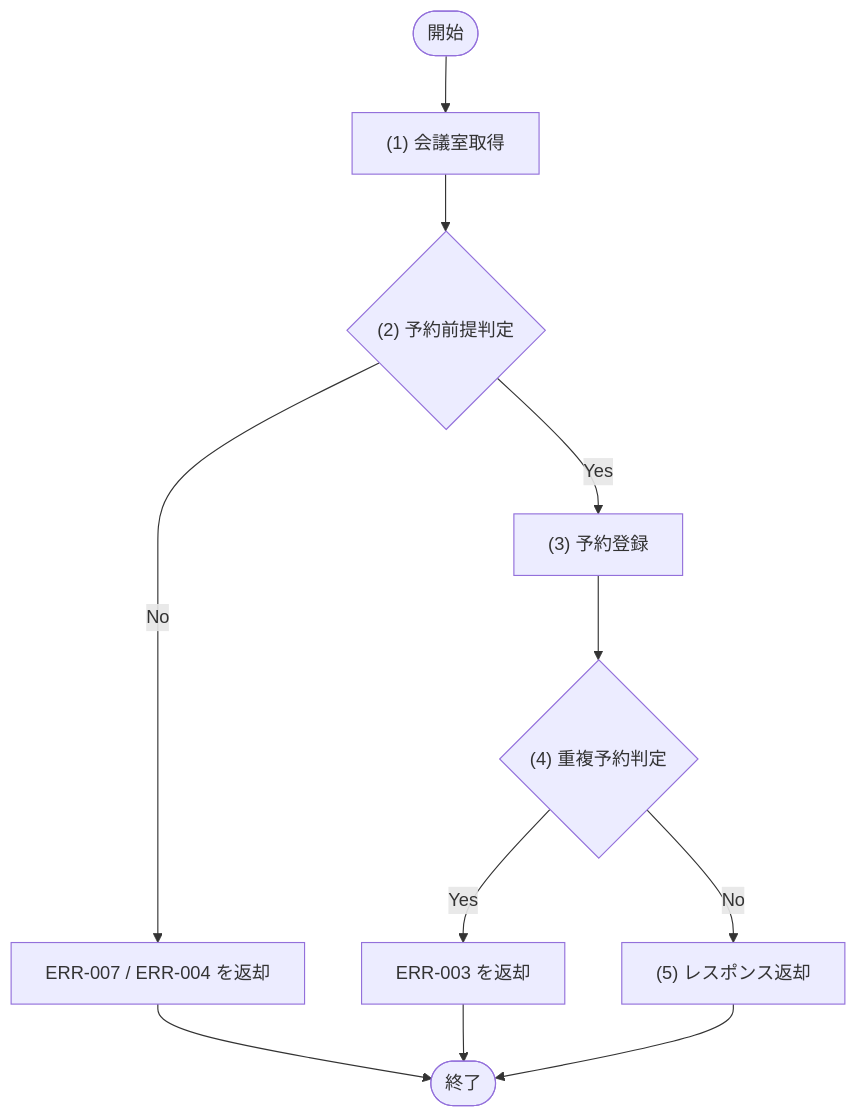
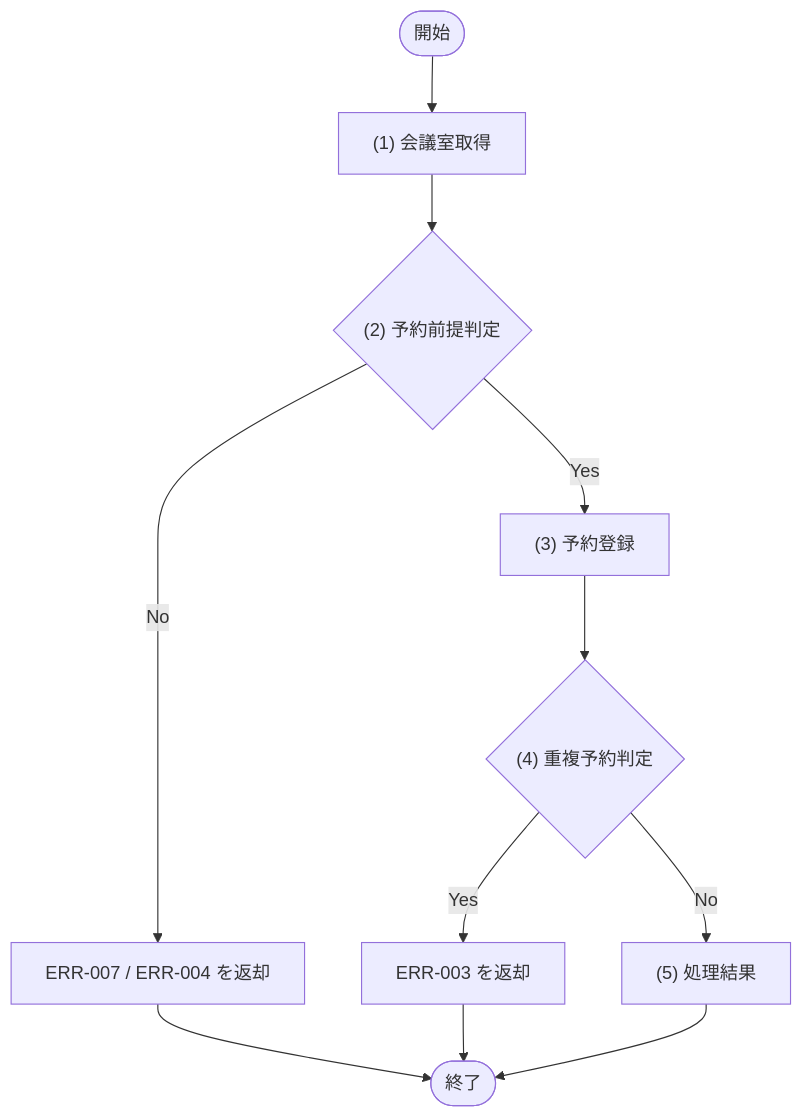
Before and after one commit to sikakou54/system-document-template: the diagram in docs/02_機能設計/03_API設計/API-003_予約登録.md, drawn with Mermaid. The commit also changed other lines of this file and 22 other files, not shown here.

````diff
--- a/docs/02_機能設計/03_API設計/API-003_予約登録.md
+++ b/docs/02_機能設計/03_API設計/API-003_予約登録.md
@@ -43,18 +43,18 @@
 ```mermaid
 flowchart TD
   Start([開始])
   P1["(1) 会議室取得"]
   D1{"(2) 予約前提判定"}
   E1["ERR-007 / ERR-004 を返却"]
   P2["(3) 予約登録"]
   D2{"(4) 重複予約判定"}
   E2["ERR-003 を返却"]
-  P3["(5) レスポンス返却"]
+  P3["(5) 処理結果"]
   End([終了])
 
   Start --> P1 --> D1
   D1 -- "No" --> E1 --> End
   D1 -- "Yes" --> P2 --> D2
   D2 -- "Yes" --> E2 --> End
   D2 -- "No" --> P3 --> End
 ```
````
